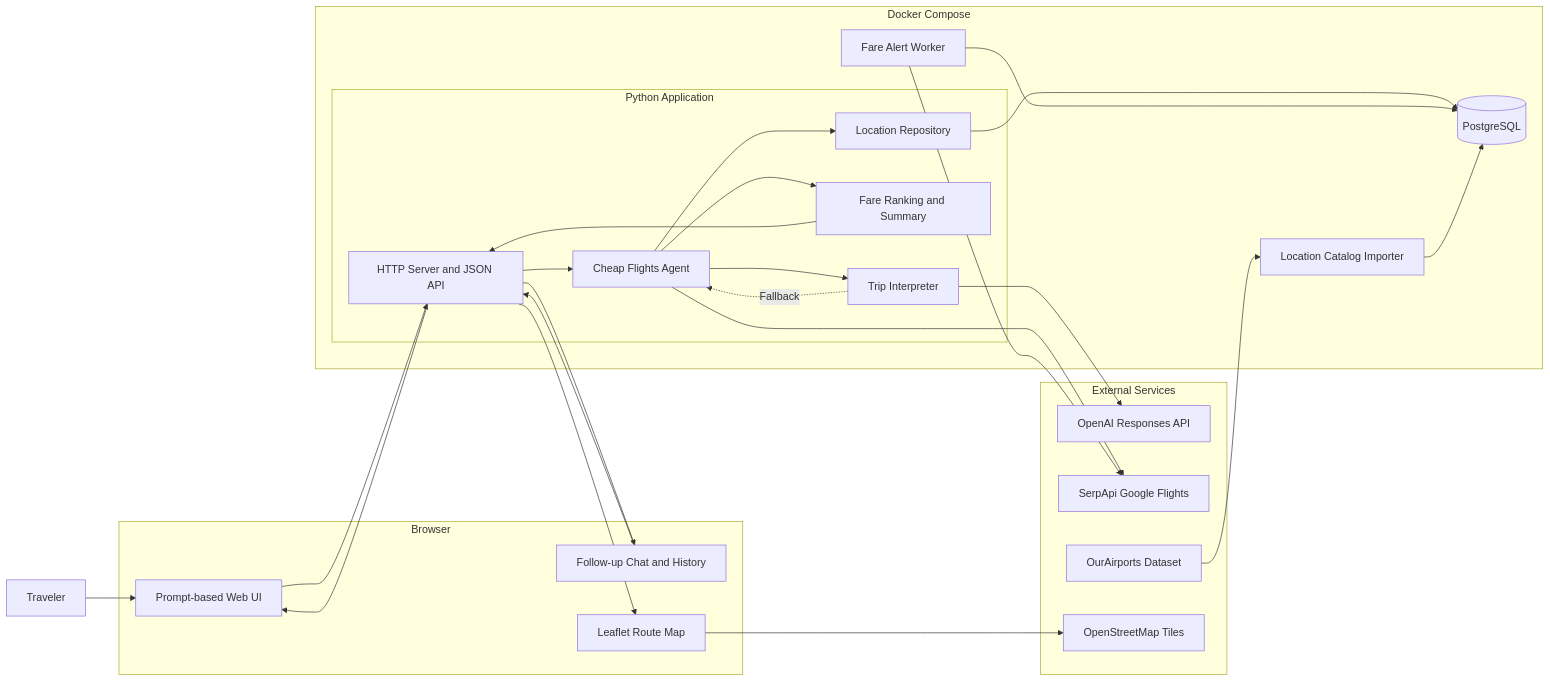
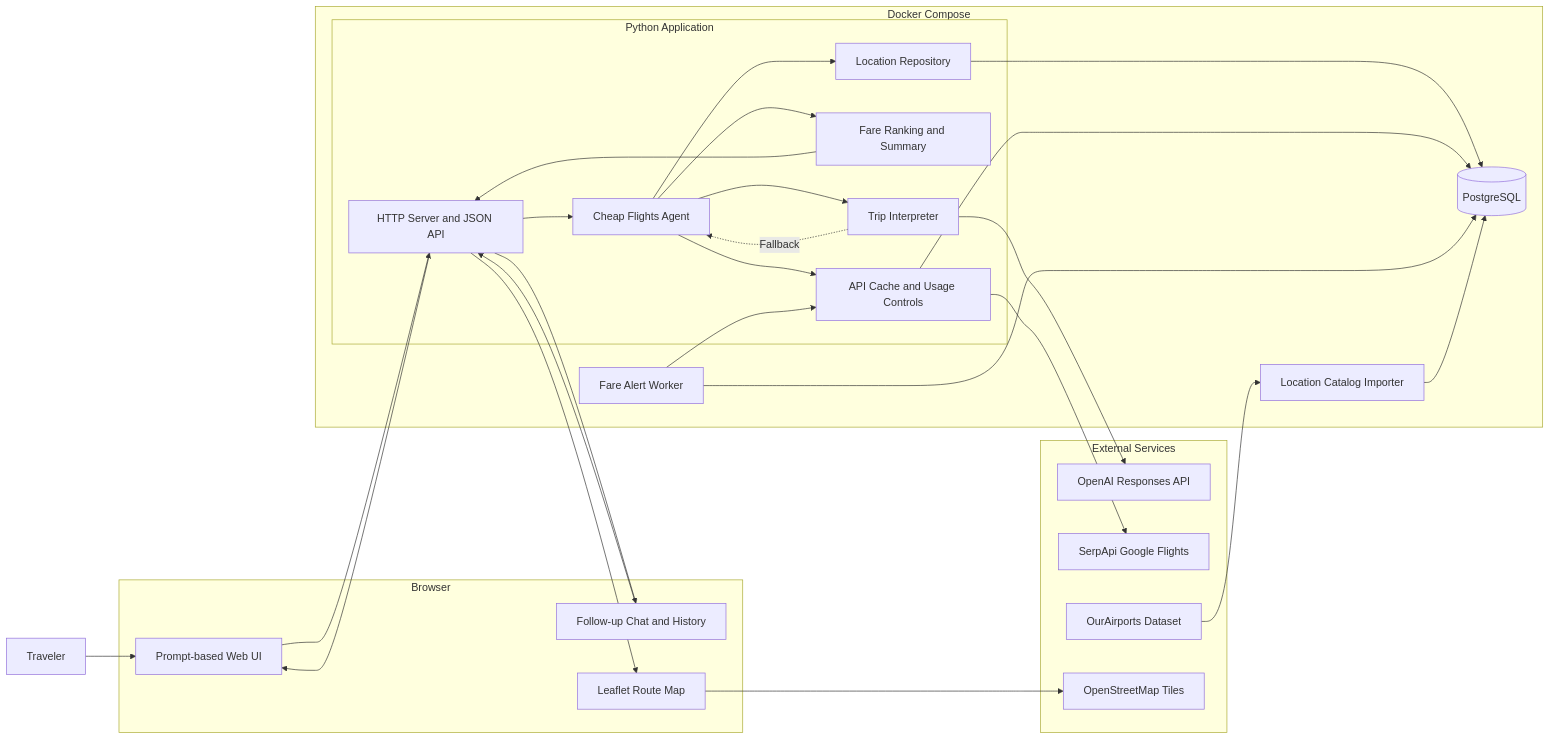
Before and after one commit to prasadswamy454/cheap-flights-agent: the diagram in docs/architecture.md, drawn with Mermaid. The commit also changed other lines of this file and 10 other files, not shown here.

Commit message:
Add API caching and usage controls

````diff
--- a/docs/architecture.md
+++ b/docs/architecture.md
@@ -3,56 +3,59 @@
 ```mermaid
 flowchart LR
     user["Traveler"]
 
     subgraph browser["Browser"]
         ui["Prompt-based Web UI"]
         chat["Follow-up Chat and History"]
         map["Leaflet Route Map"]
     end
 
     subgraph docker["Docker Compose"]
         subgraph app["Python Application"]
             web["HTTP Server and JSON API"]
             agent["Cheap Flights Agent"]
             interpreter["Trip Interpreter"]
             ranking["Fare Ranking and Summary"]
             locationRepo["Location Repository"]
+            apiControls["API Cache and Usage Controls"]
         end
 
         importer["Location Catalog Importer"]
         alerts["Fare Alert Worker"]
         postgres[("PostgreSQL")]
     end
 
     subgraph external["External Services"]
         openai["OpenAI Responses API"]
         serpapi["SerpApi Google Flights"]
         airports["OurAirports Dataset"]
         osm["OpenStreetMap Tiles"]
     end
 
     user --> ui
     ui --> web
     chat --> web
 
     web --> agent
     agent --> interpreter
     interpreter --> openai
     interpreter -. "Fallback" .-> agent
 
     agent --> locationRepo
     locationRepo --> postgres
-    agent --> serpapi
+    agent --> apiControls
+    apiControls --> postgres
+    apiControls --> serpapi
     agent --> ranking
     ranking --> web
-    alerts --> serpapi
+    alerts --> apiControls
     alerts --> postgres
 
     web --> ui
     web --> chat
     web --> map
     map --> osm
 
     airports --> importer
     importer --> postgres
 ```
````
